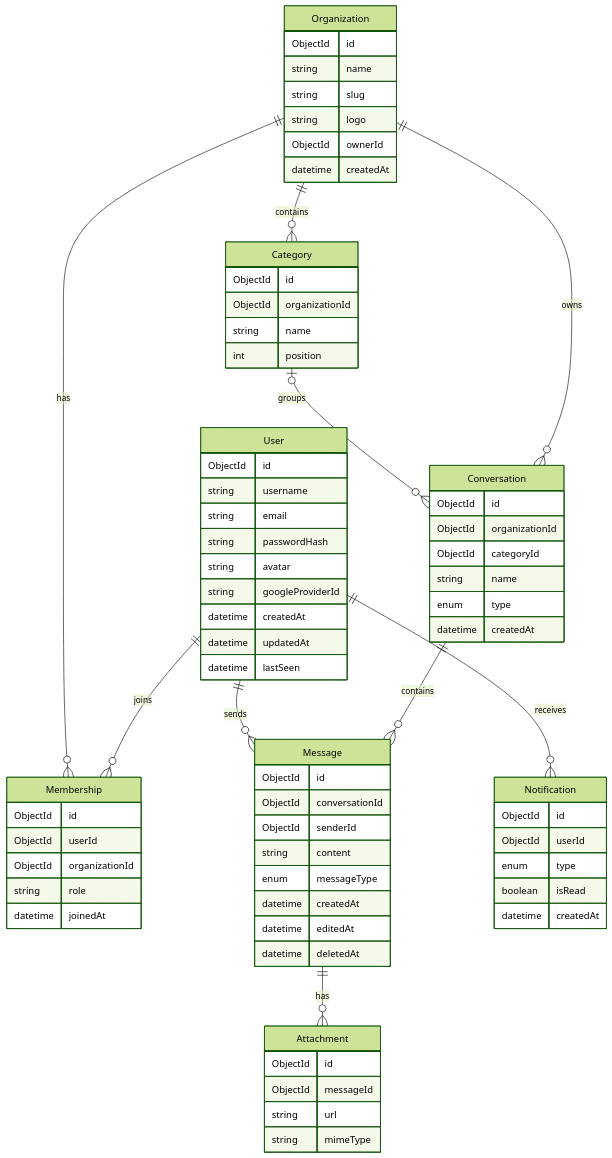
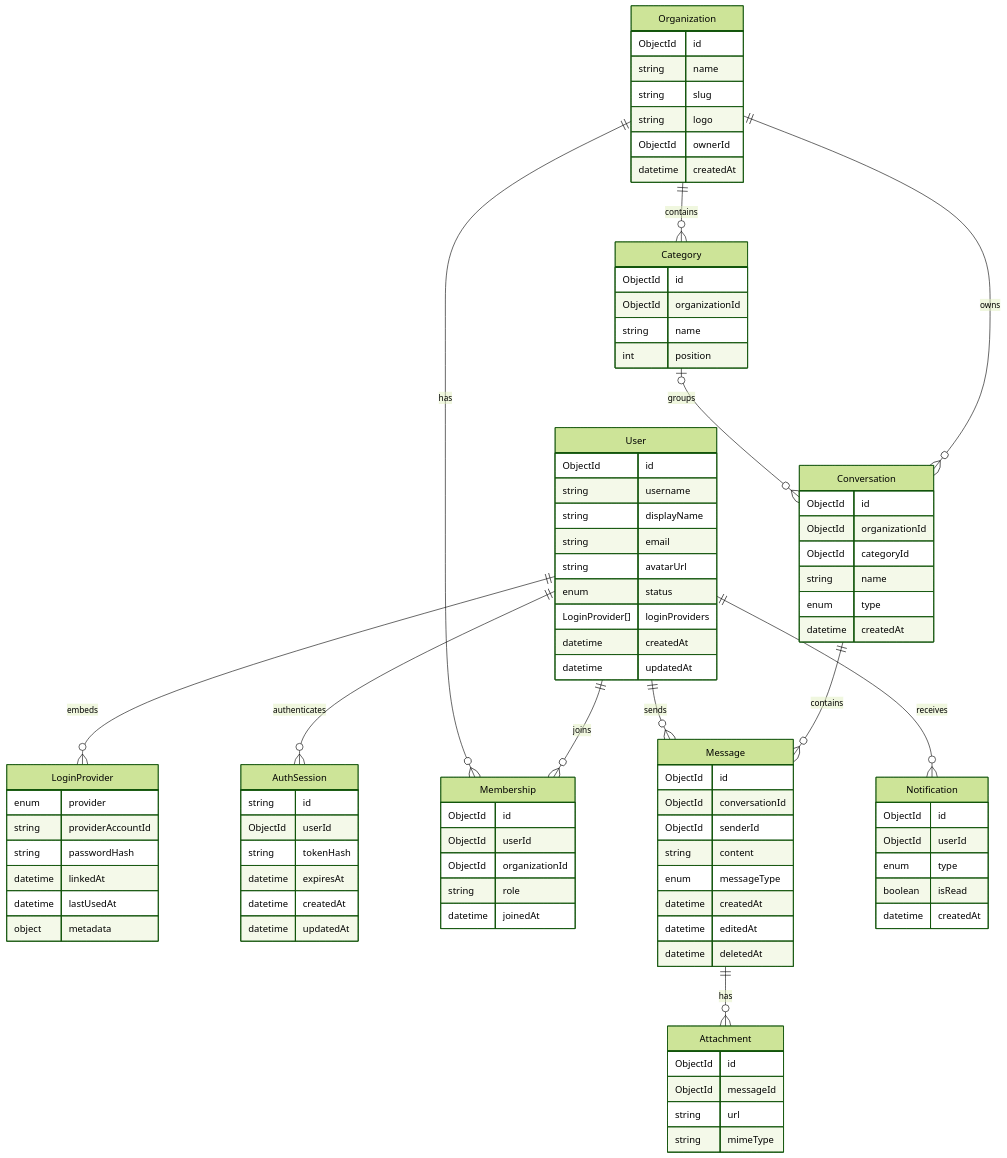
Before and after one commit to RamyMohamed47/intouch-chatapp: the diagram in .agents/database/ERD.md, drawn with Mermaid (forest theme). The commit also changed 62 other files, not shown here.

```diff
--- a/.agents/database/ERD.md
+++ b/.agents/database/ERD.md
@@ -4,13 +4,31 @@
     User {
         ObjectId id
         string username
+        string displayName
         string email
-        string passwordHash
-        string avatar
-        string googleProviderId
+        string avatarUrl
+        enum status
+        LoginProvider[] loginProviders
         datetime createdAt
         datetime updatedAt
-        datetime lastSeen
+    }
+
+    LoginProvider {
+        enum provider
+        string providerAccountId
+        string passwordHash
+        datetime linkedAt
+        datetime lastUsedAt
+        object metadata
+    }
+
+    AuthSession {
+        string id
+        ObjectId userId
+        string tokenHash
+        datetime expiresAt
+        datetime createdAt
+        datetime updatedAt
     }
 
     Organization {
@@ -73,6 +91,8 @@
     }
 
     User ||--o{ Membership : joins
+    User ||--o{ LoginProvider : embeds
+    User ||--o{ AuthSession : authenticates
     Organization ||--o{ Membership : has
 
     Organization ||--o{ Category : contains
```
